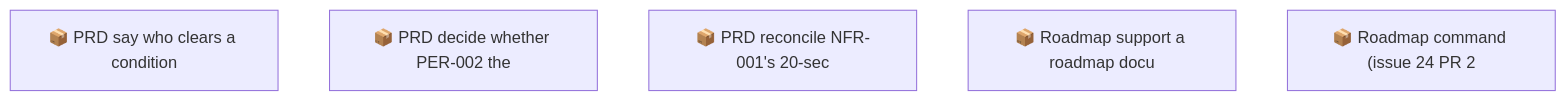
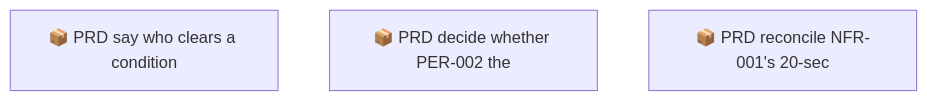
Before and after one commit to SpillwaveSolutions/prd-forge: the second of 2 diagrams in docs/roadmap.md, drawn with Mermaid. The commit also changed other lines of this file and 1 other file, not shown here.

First line of the commit message:
worklog: close #24 and the roadmap command epic

````diff
--- a/docs/roadmap.md
+++ b/docs/roadmap.md
@@ -59,8 +52,6 @@
 ```mermaid
 graph TD
     01M67NBJMD36KW0QP1S9D4SMAD["📦 PRD say who clears a condition"]
     01M67NBJQEWFPJ4YZADKC6ZXP7["📦 PRD decide whether PER-002 the"]
     01M67NBJTJAPJSEETE5YS6SVMT["📦 PRD reconcile NFR-001's 20-sec"]
-    01M67NKWT0E0CGYGZYJ8SV6ERN["📦 Roadmap support a roadmap docu"]
-    01M6CS2Q1R05GS1XZWR50CZEAQ["📦 Roadmap command (issue 24 PR 2"]
 ```
````
